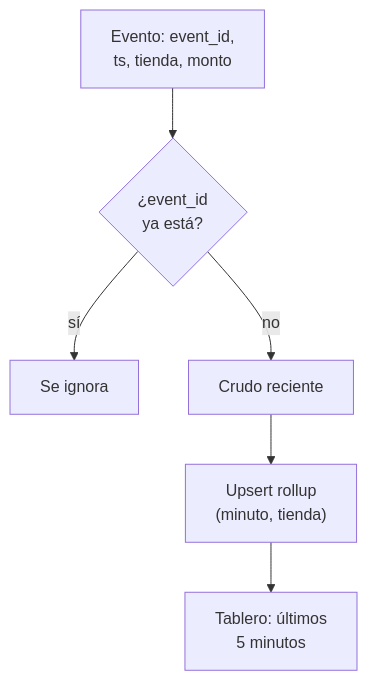
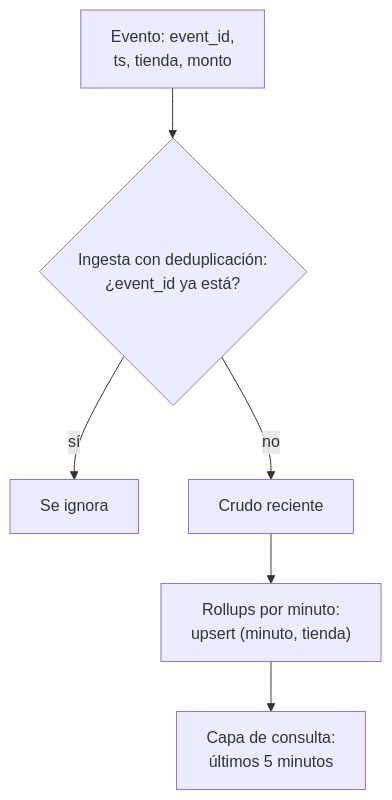
One commit to fcp4891/de-knowledge-hub changed the second of 3 diagrams in content/architectures/real-time-analytics-architecture.md. Above: the diagram before and after it, drawn with Mermaid. The commit also changed other lines of this file and 13 other files, not shown here.

````diff
--- a/content/architectures/real-time-analytics-architecture.md
+++ b/content/architectures/real-time-analytics-architecture.md
@@ -144,8 +145,8 @@
 ```mermaid
 flowchart TB
-  E["Evento: event_id,<br/>ts, tienda, monto"] --> R{"¿event_id<br/>ya está?"}
+  E["Evento: event_id,<br/>ts, tienda, monto"] --> R{"Ingesta con deduplicación:<br/>¿event_id ya está?"}
   R -- "sí" --> X["Se ignora"]
   R -- "no" --> C["Crudo reciente"]
-  C --> U["Upsert rollup<br/>(minuto, tienda)"]
-  U --> Q["Tablero: últimos<br/>5 minutos"]
+  C --> U["Rollups por minuto:<br/>upsert (minuto, tienda)"]
+  U --> Q["Capa de consulta:<br/>últimos 5 minutos"]
 ```
````
